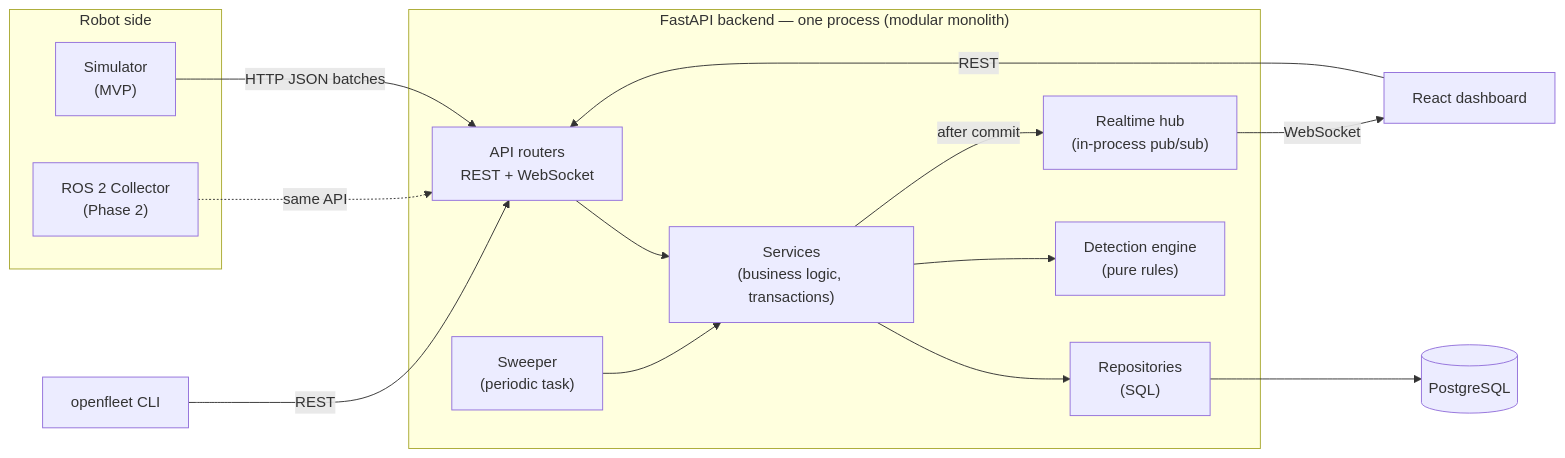
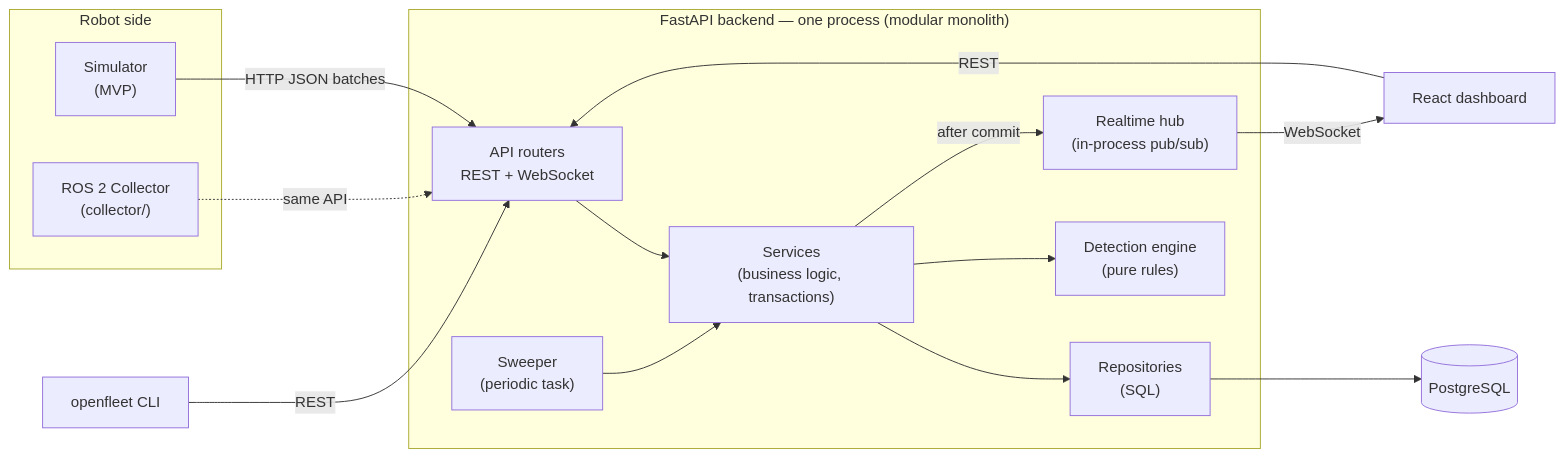
The diagram in docs/ARCHITECTURE.md (saiken13/openfleet-replay), drawn with Mermaid before and after one commit. The commit also changed other lines of this file and 23 other files, not shown here.

First line of the commit message:
ROS 2 collector: measure real topics/nodes on the robot, verified on Jazzy

````diff
--- a/docs/ARCHITECTURE.md
+++ b/docs/ARCHITECTURE.md
@@ -8,31 +8,31 @@
 ```mermaid
 flowchart LR
     subgraph Edge["Robot side"]
         SIM["Simulator<br/>(MVP)"]
-        ROS["ROS 2 Collector<br/>(Phase 2)"]
+        ROS["ROS 2 Collector<br/>(collector/)"]
     end
 
     subgraph Backend["FastAPI backend — one process (modular monolith)"]
         R["API routers<br/>REST + WebSocket"]
         S["Services<br/>(business logic, transactions)"]
         REP["Repositories<br/>(SQL)"]
         D["Detection engine<br/>(pure rules)"]
         H["Realtime hub<br/>(in-process pub/sub)"]
         SW["Sweeper<br/>(periodic task)"]
     end
 
     PG[("PostgreSQL")]
     UI["React dashboard"]
     CLI["openfleet CLI"]
 
     SIM -- "HTTP JSON batches" --> R
     ROS -. "same API" .-> R
     R --> S
     SW --> S
     S --> REP --> PG
     S --> D
     S -- "after commit" --> H
     H -- "WebSocket" --> UI
     UI -- "REST" --> R
     CLI -- "REST" --> R
 ```
````
